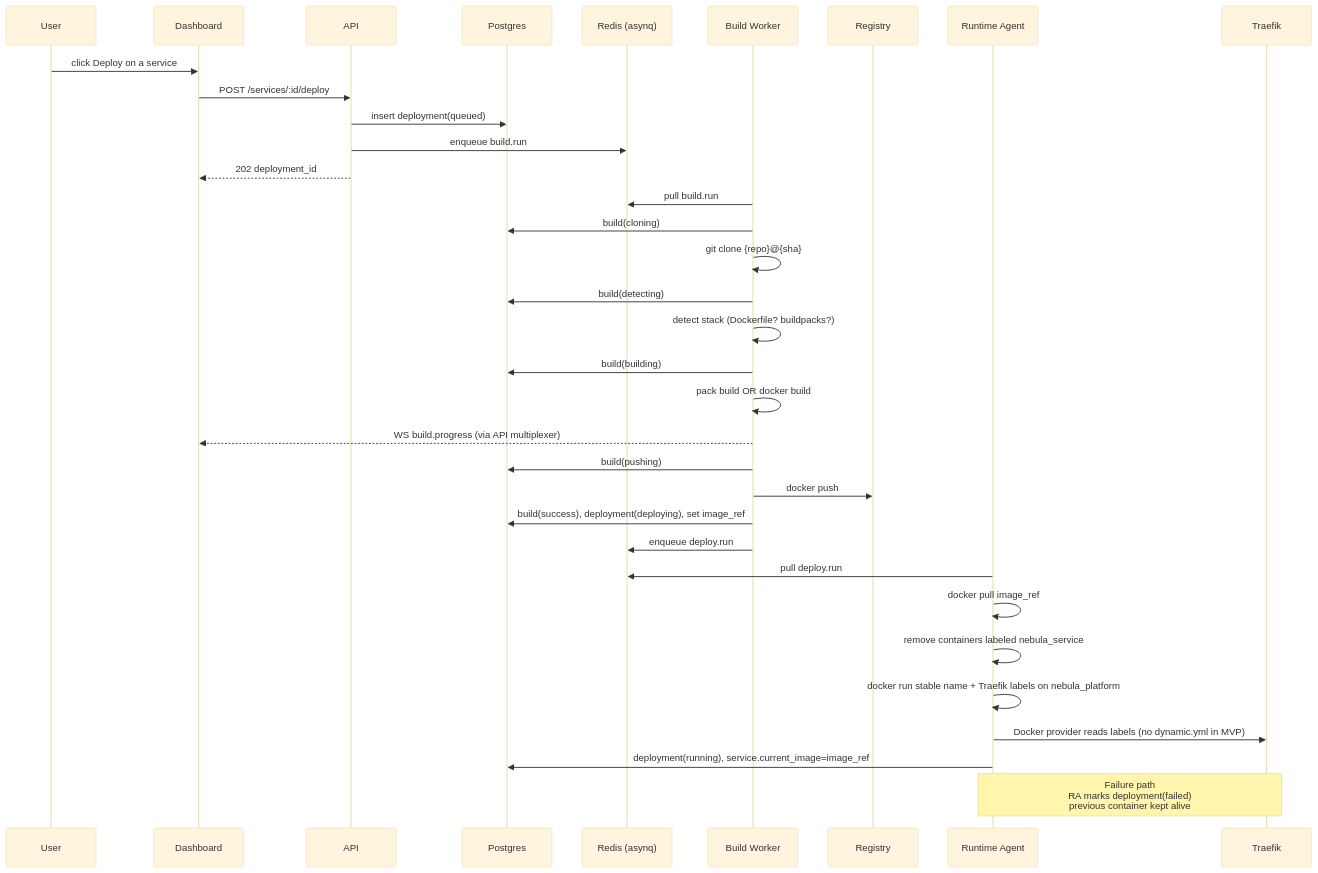
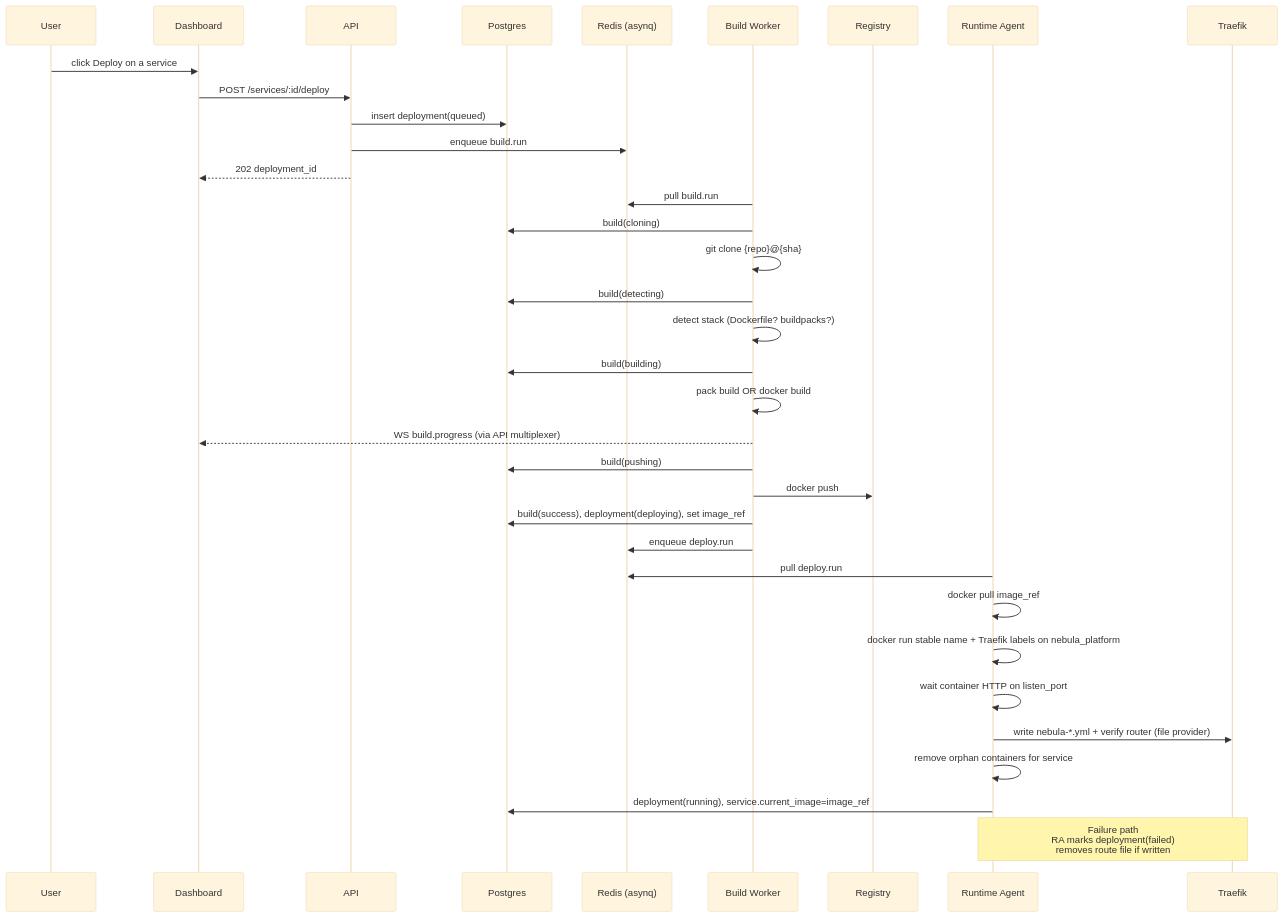
The first of 2 diagrams in docs/DEPLOY-FLOW.md (Felpis3196/nebulaCloud), drawn with Mermaid (base theme) before and after one commit. The commit also changed other lines of this file and 109 other files, not shown here.

````diff
--- a/docs/DEPLOY-FLOW.md
+++ b/docs/DEPLOY-FLOW.md
@@ -27,40 +27,41 @@
 ```mermaid
 sequenceDiagram
     participant U as User
     participant FE as Dashboard
     participant API
     participant DB as Postgres
     participant Q as Redis (asynq)
     participant BW as Build Worker
     participant REG as Registry
     participant RA as Runtime Agent
     participant TR as Traefik
 
     U->>FE: click Deploy on a service
     FE->>API: POST /services/:id/deploy
     API->>DB: insert deployment(queued)
     API->>Q: enqueue build.run
     API-->>FE: 202 deployment_id
 
     BW->>Q: pull build.run
     BW->>DB: build(cloning)
     BW->>BW: git clone {repo}@{sha}
     BW->>DB: build(detecting)
     BW->>BW: detect stack (Dockerfile? buildpacks?)
     BW->>DB: build(building)
     BW->>BW: pack build OR docker build
     BW-->>FE: WS build.progress (via API multiplexer)
     BW->>DB: build(pushing)
     BW->>REG: docker push
     BW->>DB: build(success), deployment(deploying), set image_ref
     BW->>Q: enqueue deploy.run
 
     RA->>Q: pull deploy.run
     RA->>RA: docker pull image_ref
-    RA->>RA: remove containers labeled nebula_service
     RA->>RA: docker run stable name + Traefik labels on nebula_platform
-    RA->>TR: Docker provider reads labels (no dynamic.yml in MVP)
+    RA->>RA: wait container HTTP on listen_port
+    RA->>TR: write nebula-*.yml + verify router (file provider)
+    RA->>RA: remove orphan containers for service
     RA->>DB: deployment(running), service.current_image=image_ref
 
-    Note over RA,TR: Failure path<br/>RA marks deployment(failed)<br/>previous container kept alive
+    Note over RA,TR: Failure path<br/>RA marks deployment(failed)<br/>removes route file if written
 ```
````
